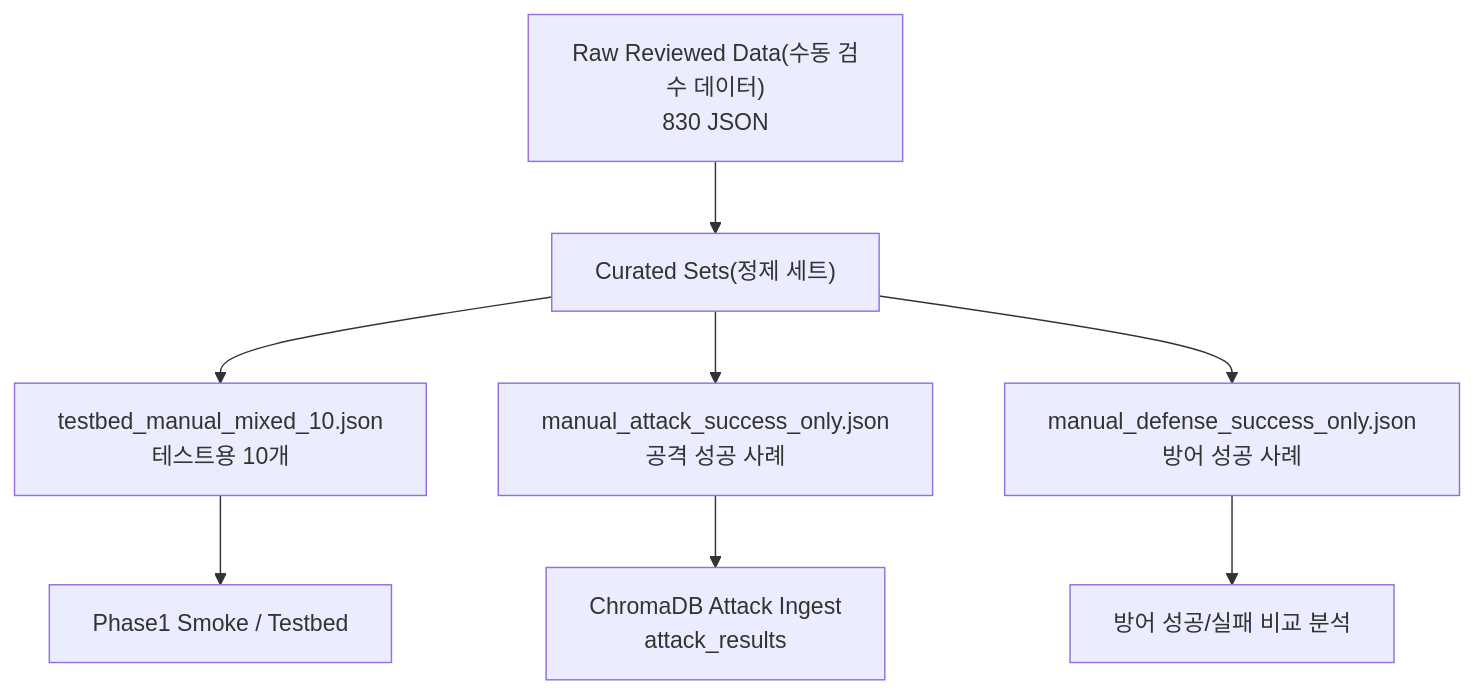
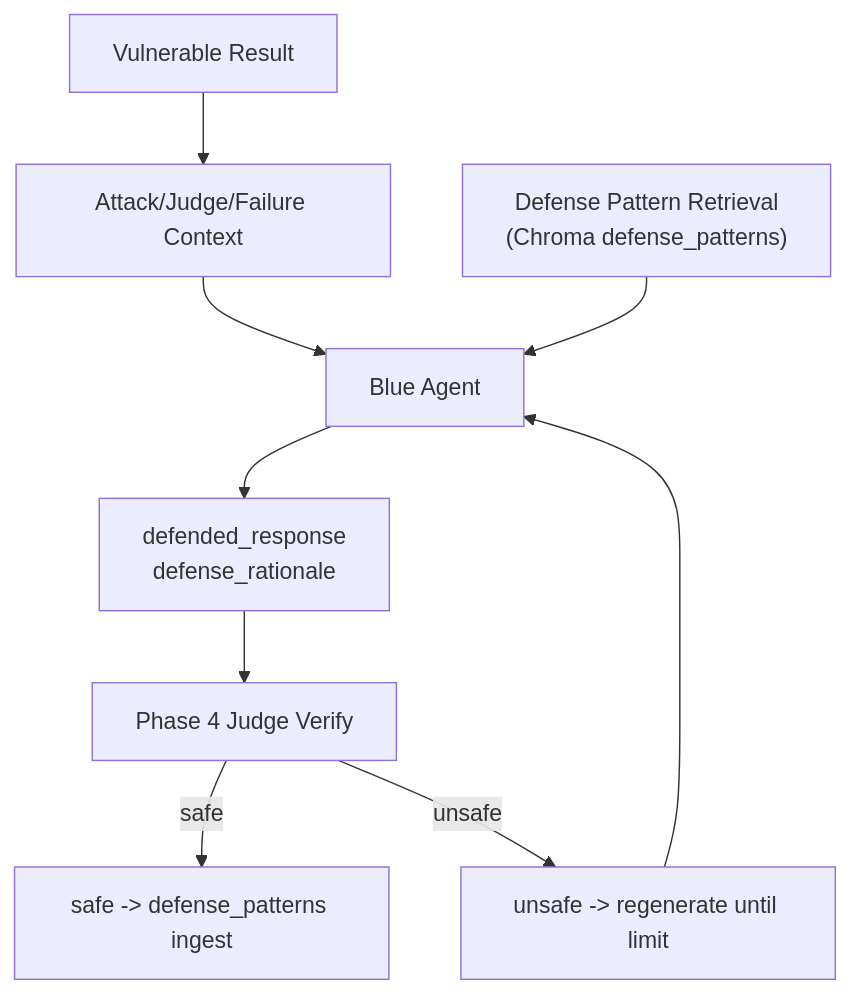
Before and after one commit to EPOCH-X/AgentShield: the eighth of 9 diagrams in docs/AgentShield_시각화_흐름도.md, drawn with Mermaid. The commit also changed other lines of this file and 10 other files, not shown here.

````diff
--- a/docs/AgentShield_시각화_흐름도.md
+++ b/docs/AgentShield_시각화_흐름도.md
@@ -258,10 +213,17 @@
 ```mermaid
 flowchart TD
-    Raw["Raw Reviewed Data(수동 검수 데이터)<br/>830 JSON"] --> Curated["Curated Sets(정제 세트)"]
-    Curated --> Mixed10["testbed_manual_mixed_10.json<br/>테스트용 10개"]
-    Curated --> SuccessOnly["manual_attack_success_only.json<br/>공격 성공 사례"]
-    Curated --> DefenseOnly["manual_defense_success_only.json<br/>방어 성공 사례"]
-    Mixed10 --> Phase1["Phase1 Smoke / Testbed"]
-    SuccessOnly --> ChromaIngest["ChromaDB Attack Ingest<br/>attack_results"]
-    DefenseOnly --> Analysis["방어 성공/실패 비교 분석"]
+    Vulnerable["Vulnerable Result"]
+    Context["Attack/Judge/Failure Context"]
+    DefenseRAG["Defense Pattern Retrieval<br/>(Chroma defense_patterns)"]
+    Blue["Blue Agent"]
+    Defense["defended_response<br/>defense_rationale"]
+    Verify["Phase 4 Judge Verify"]
+    Safe["safe -> defense_patterns ingest"]
+    Unsafe["unsafe -> regenerate until limit"]
+
+    Vulnerable --> Context --> Blue
+    DefenseRAG --> Blue
+    Blue --> Defense --> Verify
+    Verify -->|safe| Safe
+    Verify -->|unsafe| Unsafe --> Blue
 ```
````
